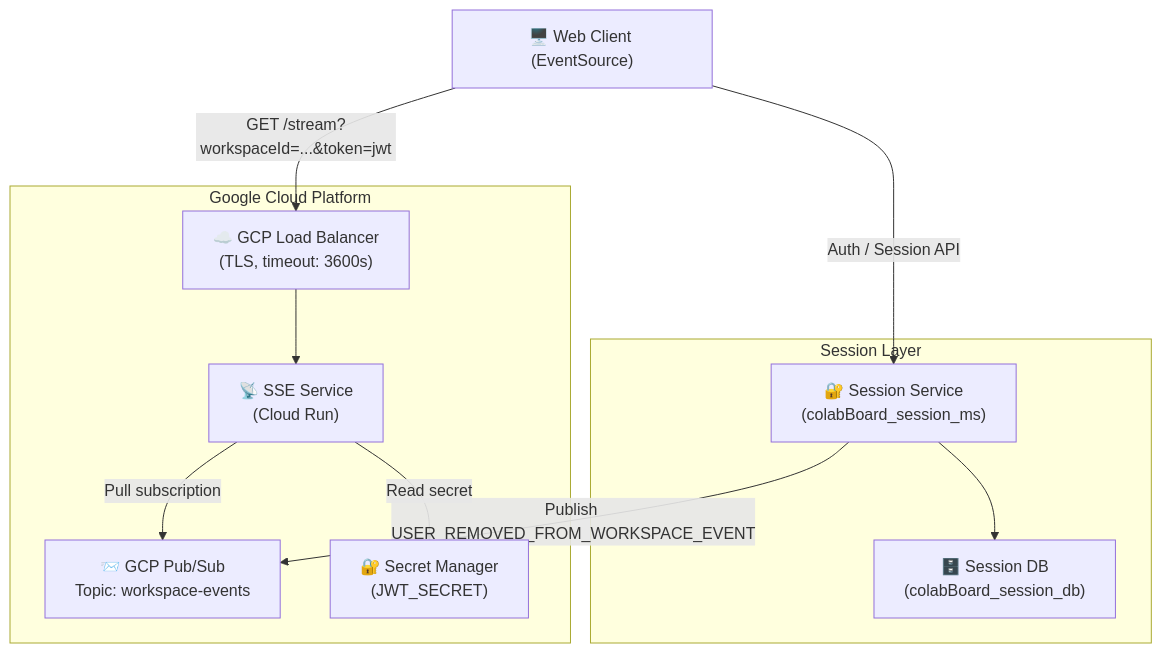
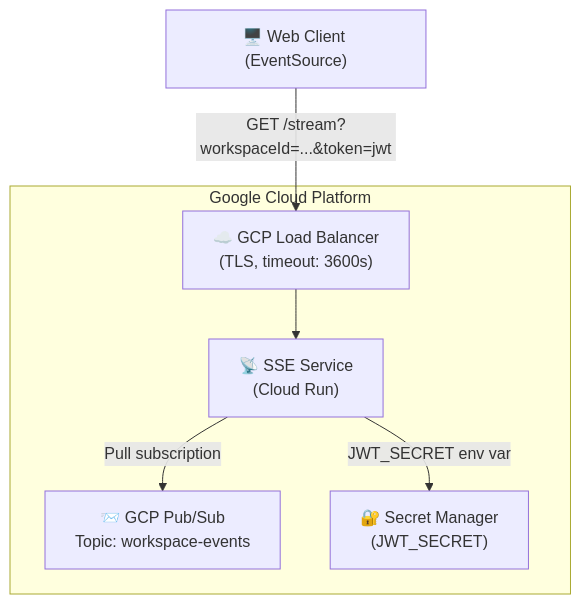
One commit to jlizarazoa/ColabBoard_Docs changed the first of 2 diagrams in docs/overview/architecture.md. Above: the diagram before and after it, drawn with Mermaid. The commit also changed other lines of this file and 10 other files, not shown here.

Commit message:
Update config to ColabBoard GitHub org

````diff
--- a/docs/overview/architecture.md
+++ b/docs/overview/architecture.md
@@ -13,24 +13,16 @@
 ```mermaid
 graph TB
     Client["🖥️ Web Client (EventSource)"]
 
     subgraph GCP["Google Cloud Platform"]
         LB["☁️ GCP Load Balancer\n(TLS, timeout: 3600s)"]
         CR["📡 SSE Service\n(Cloud Run)"]
         PubSub["📨 GCP Pub/Sub\nTopic: workspace-events"]
         SM["🔐 Secret Manager\n(JWT_SECRET)"]
     end
 
-    subgraph SessionLayer["Session Layer"]
-        SessionMS["🔐 Session Service\n(colabBoard_session_ms)"]
-        SessionDB["🗄️ Session DB\n(colabBoard_session_db)"]
-    end
-
     Client -->|"GET /stream?workspaceId=...&token=jwt"| LB
     LB --> CR
     CR -->|"Pull subscription"| PubSub
-    CR -->|"Read secret"| SM
-    SessionMS -->|"Publish USER_REMOVED_FROM_WORKSPACE_EVENT"| PubSub
-    SessionMS --> SessionDB
-    Client -->|"Auth / Session API"| SessionMS
+    CR -->|"JWT_SECRET env var"| SM
 ```
````
